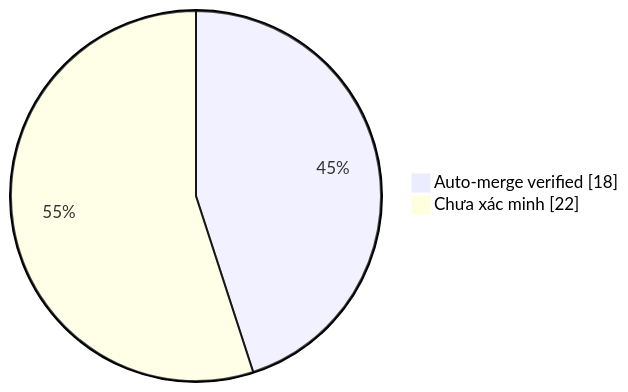
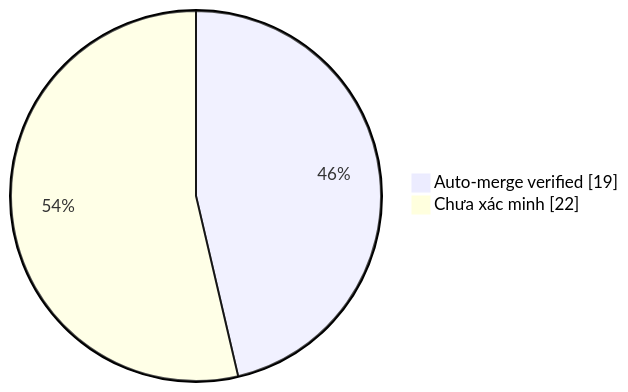
One commit to duykhang68/tetdinhmuiblog changed the diagram in collector.md. Above: the diagram before and after it, drawn with Mermaid. The commit also changed other lines of this file and 1 other file, not shown here.

Commit message:
docs(collector): update auto-merge evidence dashboard

````diff
--- a/collector.md
+++ b/collector.md
@@ -22,5 +22,5 @@
 ```mermaid
 pie showData
-    "Auto-merge verified" : 18
+    "Auto-merge verified" : 19
     "Chưa xác minh" : 22
 ```
````
